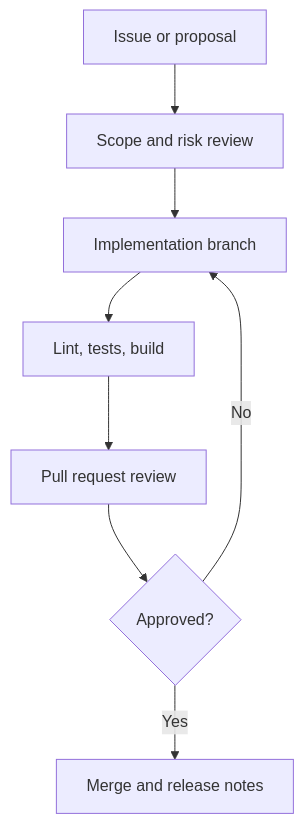
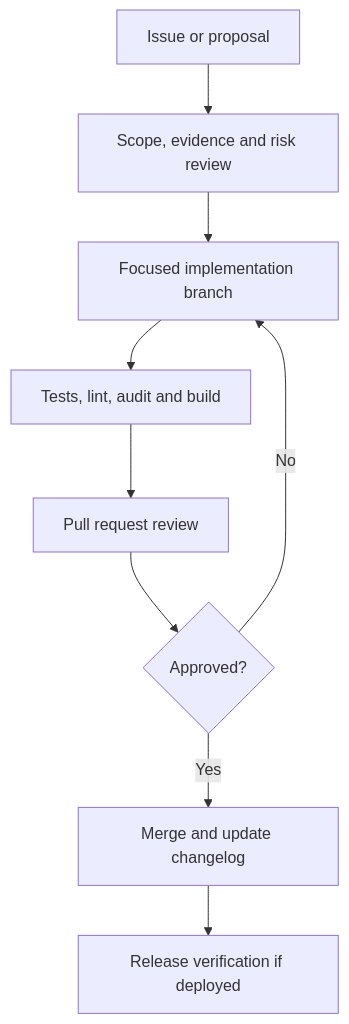
The diagram in docs/GOVERNANCE.md (Brajesh31/chat-bot), drawn with Mermaid before and after one commit. The commit also changed other lines of this file and 84 other files, not shown here.

````diff
--- a/docs/GOVERNANCE.md
+++ b/docs/GOVERNANCE.md
@@ -5,10 +19,11 @@
 ```mermaid
 flowchart TD
- A[Issue or proposal] --> B[Scope and risk review]
- B --> C[Implementation branch]
- C --> D[Lint, tests, build]
+ A[Issue or proposal] --> B[Scope, evidence and risk review]
+ B --> C[Focused implementation branch]
+ C --> D[Tests, lint, audit and build]
  D --> E[Pull request review]
  E --> F{Approved?}
  F -- No --> C
- F -- Yes --> G[Merge and release notes]
+ F -- Yes --> G[Merge and update changelog]
+ G --> H[Release verification if deployed]
 ```
````
